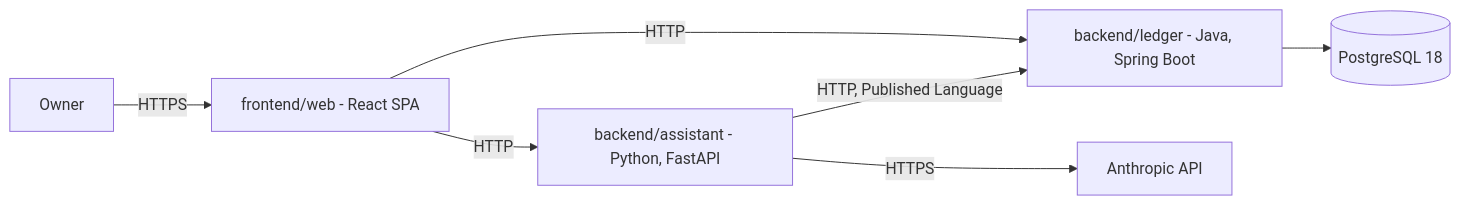
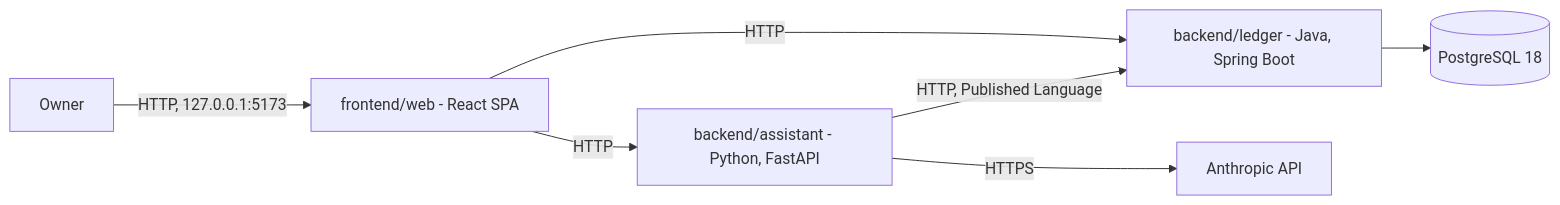
One commit to NaimElijah/FinAssist changed the diagram in README.md. Above: the diagram before and after it, drawn with Mermaid. The commit also changed 1 other file, not shown here.

Commit message:
docs: describe the owner's hop to the web client as plain HTTP
README and architecture.md labelled the owner-to-web edge HTTPS.
Nothing terminates TLS: the only web origin is the Vite dev server on
http://127.0.0.1:5173, bound to loopback (ADR-027).

````diff
--- a/README.md
+++ b/README.md
@@ -180,9 +180,9 @@
 ```mermaid
 flowchart LR
-    Owner[Owner] -->|HTTPS| Web[frontend/web - React SPA]
+    Owner[Owner] -->|"HTTP, 127.0.0.1:5173"| Web[frontend/web - React SPA]
     Web -->|HTTP| Assistant[backend/assistant - Python, FastAPI]
     Assistant -->|HTTP, Published Language| Ledger[backend/ledger - Java, Spring Boot]
     Web -->|HTTP| Ledger
     Assistant -->|HTTPS| Claude[Anthropic API]
     Ledger --> DB[(PostgreSQL 18)]
 ```
````
